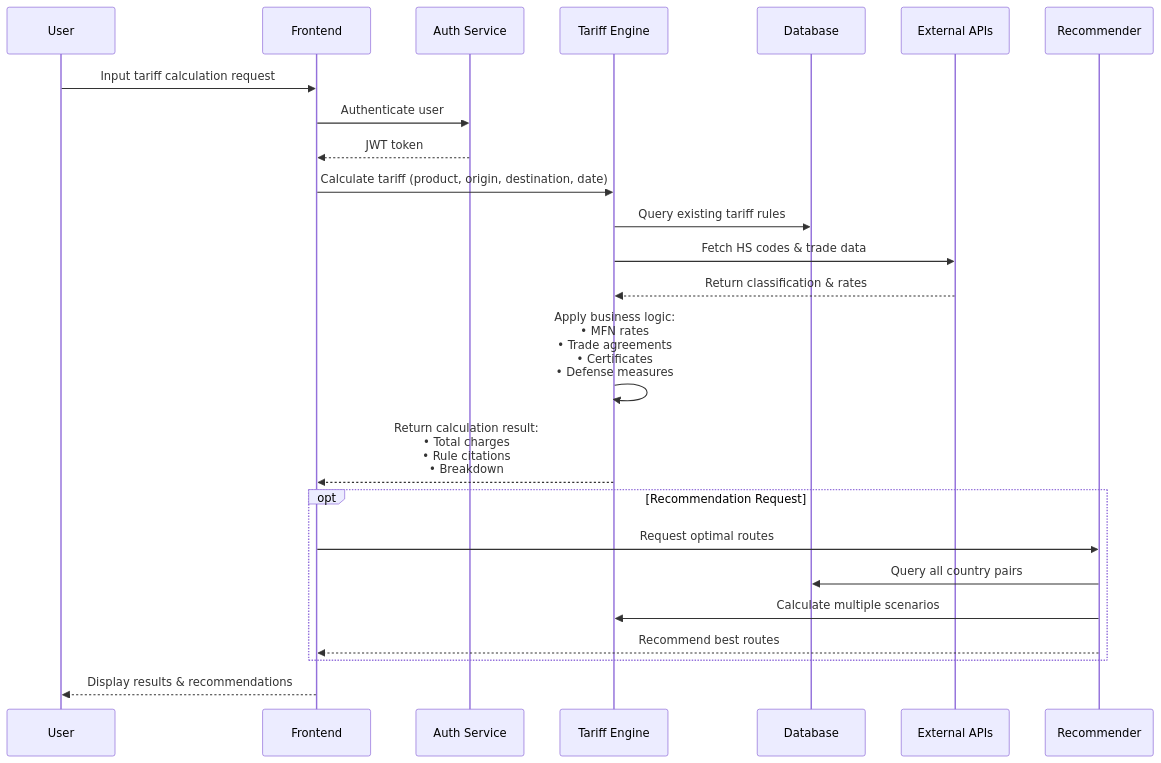
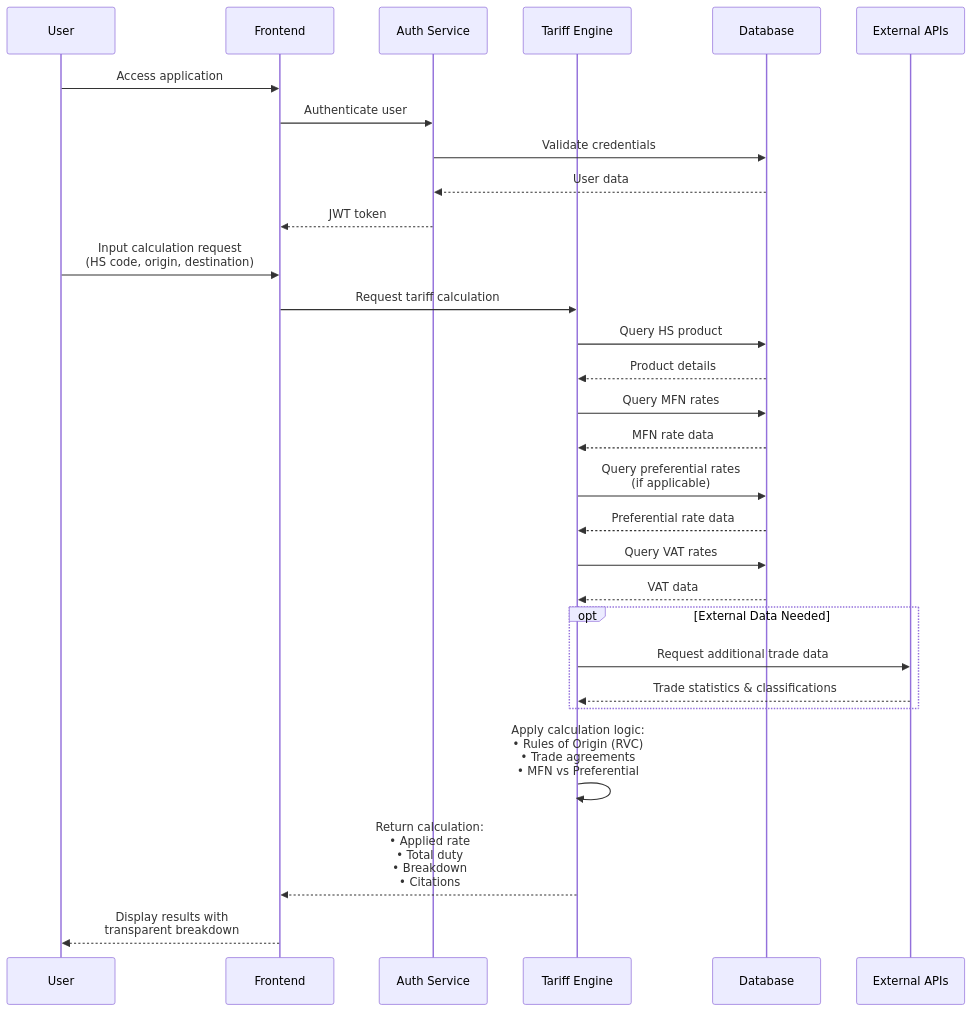
The second of 2 diagrams in README.md (SaaiAravindhRaja/TariffSheriff), drawn with Mermaid before and after one commit. The commit also changed other lines of this file, not shown here.

Commit message:
update feature enhancements, and improve architecture diagram

````diff
--- a/README.md
+++ b/README.md
@@ -187,32 +163,41 @@
 ```mermaid
 sequenceDiagram
     participant U as User
     participant F as Frontend
     participant A as Auth Service
     participant T as Tariff Engine
     participant D as Database
     participant E as External APIs
-    participant R as Recommender
 
-    U->>F: Input tariff calculation request
+    U->>F: Access application
     F->>A: Authenticate user
+    A->>D: Validate credentials
+    D-->>A: User data
     A-->>F: JWT token
-    
-    F->>T: Calculate tariff (product, origin, destination, date)
-    T->>D: Query existing tariff rules
-    T->>E: Fetch HS codes & trade data
-    E-->>T: Return classification & rates
-    
-    T->>T: Apply business logic:<br/>• MFN rates<br/>• Trade agreements<br/>• Certificates<br/>• Defense measures
-    
-    T-->>F: Return calculation result:<br/>• Total charges<br/>• Rule citations<br/>• Breakdown
-    
-    opt Recommendation Request
-        F->>R: Request optimal routes
-        R->>D: Query all country pairs
-        R->>T: Calculate multiple scenarios
-        R-->>F: Recommend best routes
+
+    U->>F: Input calculation request<br/>(HS code, origin, destination)
+    F->>T: Request tariff calculation
+
+    T->>D: Query HS product
+    D-->>T: Product details
+
+    T->>D: Query MFN rates
+    D-->>T: MFN rate data
+
+    T->>D: Query preferential rates<br/>(if applicable)
+    D-->>T: Preferential rate data
+
+    T->>D: Query VAT rates
+    D-->>T: VAT data
+
+    opt External Data Needed
+        T->>E: Request additional trade data
+        E-->>T: Trade statistics & classifications
     end
-    
-    F-->>U: Display results & recommendations
+
+    T->>T: Apply calculation logic:<br/>• Rules of Origin (RVC)<br/>• Trade agreements<br/>• MFN vs Preferential
+
+    T-->>F: Return calculation:<br/>• Applied rate<br/>• Total duty<br/>• Breakdown<br/>• Citations
+
+    F-->>U: Display results with<br/>transparent breakdown
 ```
````
